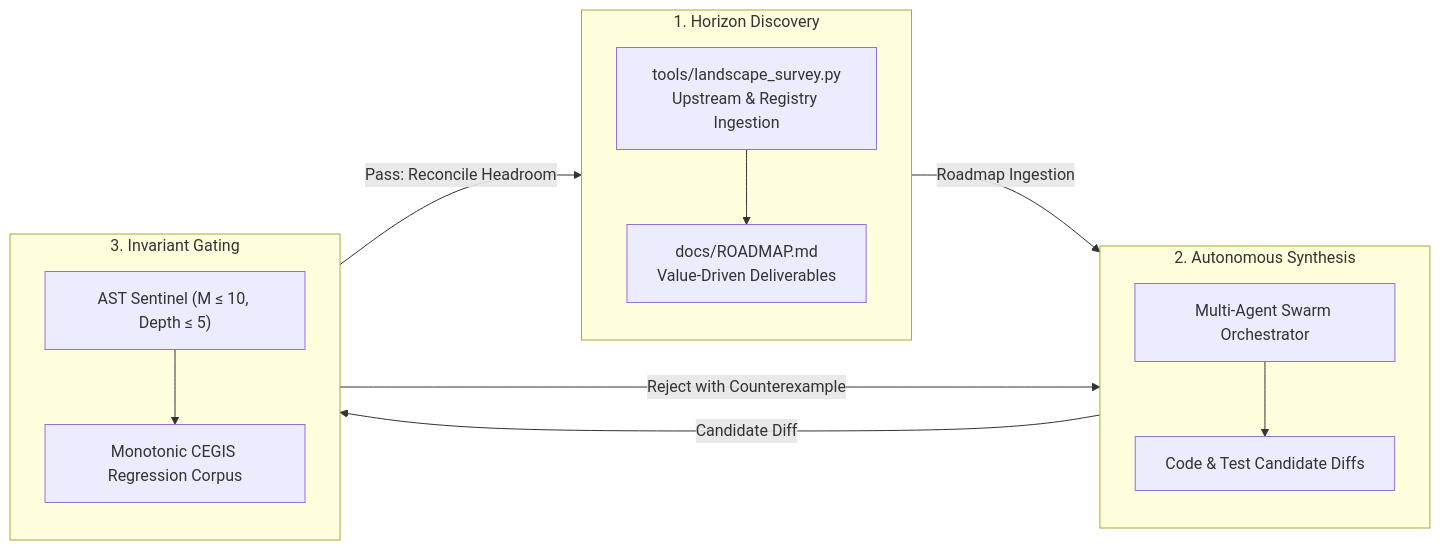
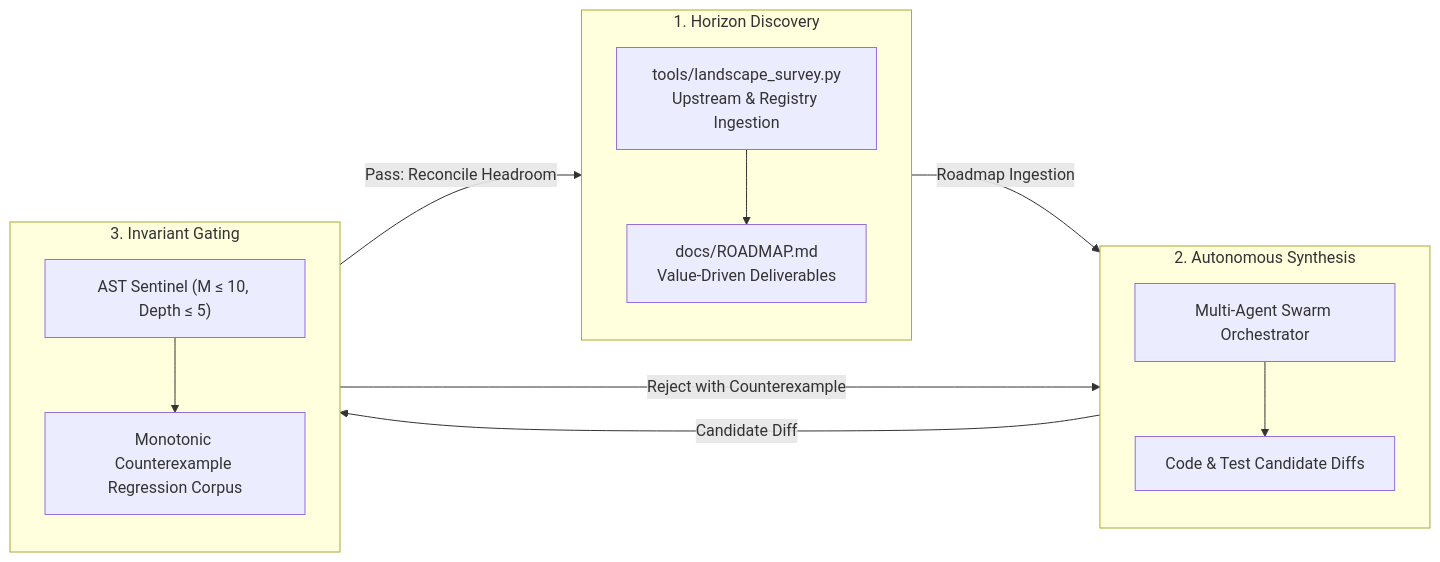
The diagram in patterns/invariant-grounded-recursive-self-improvement.md (dan-petty/vibes), drawn with Mermaid before and after one commit. The commit also changed other lines of this file and 248 other files, not shown here.

````diff
--- a/patterns/invariant-grounded-recursive-self-improvement.md
+++ b/patterns/invariant-grounded-recursive-self-improvement.md
@@ -29,28 +29,28 @@
 ```mermaid
 flowchart LR
     subgraph Discovery ["1. Horizon Discovery"]
         direction TB
         LS["tools/landscape_survey.py<br/>Upstream & Registry Ingestion"]
         RM["docs/ROADMAP.md<br/>Value-Driven Deliverables"]
         LS --> RM
     end
 
     subgraph Synthesis ["2. Autonomous Synthesis"]
         direction TB
         Agent["Multi-Agent Swarm Orchestrator"]
         Candidate["Code & Test Candidate Diffs"]
         Agent --> Candidate
     end
 
     subgraph Verification ["3. Invariant Gating"]
         direction TB
         AST["AST Sentinel (M &le; 10, Depth &le; 5)"]
-        CEGIS["Monotonic CEGIS Regression Corpus"]
+        CEGIS["Monotonic Counterexample Regression Corpus"]
         AST --> CEGIS
     end
 
     Discovery -->|"Roadmap Ingestion"| Synthesis
     Synthesis -->|"Candidate Diff"| Verification
     Verification -->|"Reject with Counterexample"| Synthesis
     Verification -->|"Pass: Reconcile Headroom"| Discovery
 ```
````
